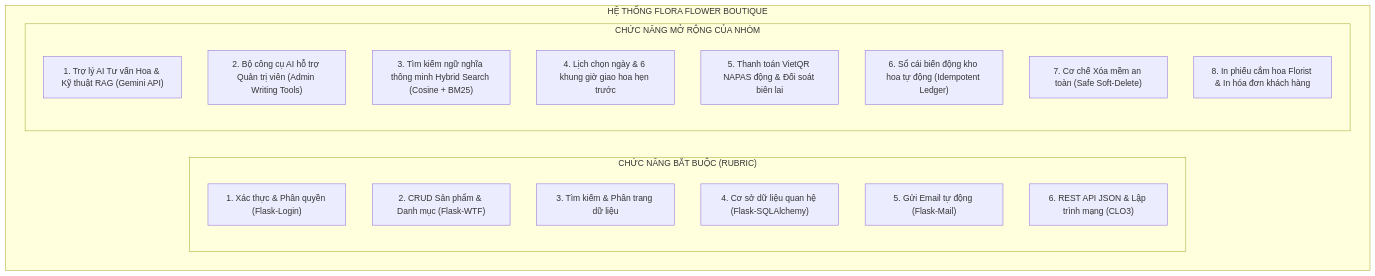
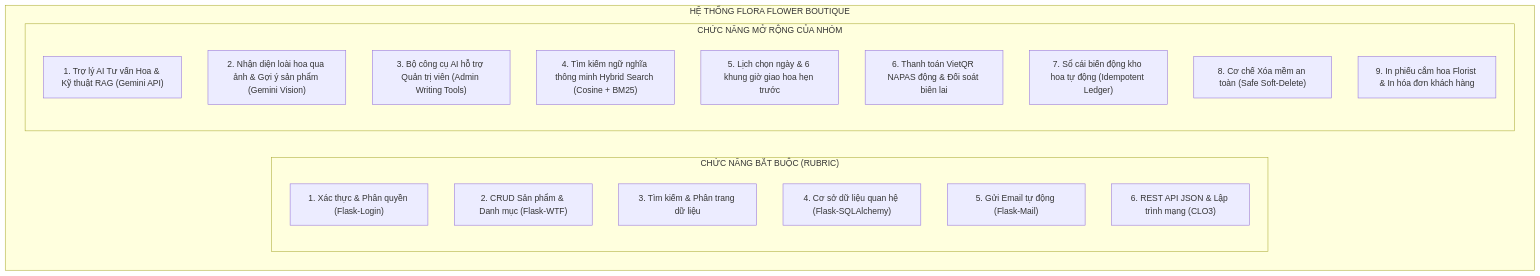
One commit to Phuong224-pc/shop-hoa-python changed the first of 2 diagrams in docs/bao_cao_do_an.md. Above: the diagram before and after it, drawn with Mermaid. The commit also changed other lines of this file and 10 other files, not shown here.

Commit message:
feat(ai): add Gemini Multimodal Vision flower recognition and product recommendation

````diff
--- a/docs/bao_cao_do_an.md
+++ b/docs/bao_cao_do_an.md
@@ -142,24 +142,25 @@
 ```mermaid
 flowchart TD
     subgraph SYSTEM["HỆ THỐNG FLORA FLOWER BOUTIQUE"]
         subgraph CORE["CHỨC NĂNG BẮT BUỘC (RUBRIC)"]
             F1["1. Xác thực & Phân quyền (Flask-Login)"]
             F2["2. CRUD Sản phẩm & Danh mục (Flask-WTF)"]
             F3["3. Tìm kiếm & Phân trang dữ liệu"]
             F4["4. Cơ sở dữ liệu quan hệ (Flask-SQLAlchemy)"]
             F5["5. Gửi Email tự động (Flask-Mail)"]
             F6["6. REST API JSON & Lập trình mạng (CLO3)"]
         end
 
         subgraph ADV["CHỨC NĂNG MỞ RỘNG CỦA NHÓM"]
             E1["1. Trợ lý AI Tư vấn Hoa & Kỹ thuật RAG (Gemini API)"]
-            E2["2. Bộ công cụ AI hỗ trợ Quản trị viên (Admin Writing Tools)"]
-            E3["3. Tìm kiếm ngữ nghĩa thông minh Hybrid Search (Cosine + BM25)"]
-            E4["4. Lịch chọn ngày & 6 khung giờ giao hoa hẹn trước"]
-            E5["5. Thanh toán VietQR NAPAS động & Đối soát biên lai"]
-            E6["6. Sổ cái biến động kho hoa tự động (Idempotent Ledger)"]
-            E7["7. Cơ chế Xóa mềm an toàn (Safe Soft-Delete)"]
-            E8["8. In phiếu cắm hoa Florist & In hóa đơn khách hàng"]
+            E2["2. Nhận diện loài hoa qua ảnh & Gợi ý sản phẩm (Gemini Vision)"]
+            E3["3. Bộ công cụ AI hỗ trợ Quản trị viên (Admin Writing Tools)"]
+            E4["4. Tìm kiếm ngữ nghĩa thông minh Hybrid Search (Cosine + BM25)"]
+            E5["5. Lịch chọn ngày & 6 khung giờ giao hoa hẹn trước"]
+            E6["6. Thanh toán VietQR NAPAS động & Đối soát biên lai"]
+            E7["7. Sổ cái biến động kho hoa tự động (Idempotent Ledger)"]
+            E8["8. Cơ chế Xóa mềm an toàn (Safe Soft-Delete)"]
+            E9["9. In phiếu cắm hoa Florist & In hóa đơn khách hàng"]
         end
     end
 ```
````
